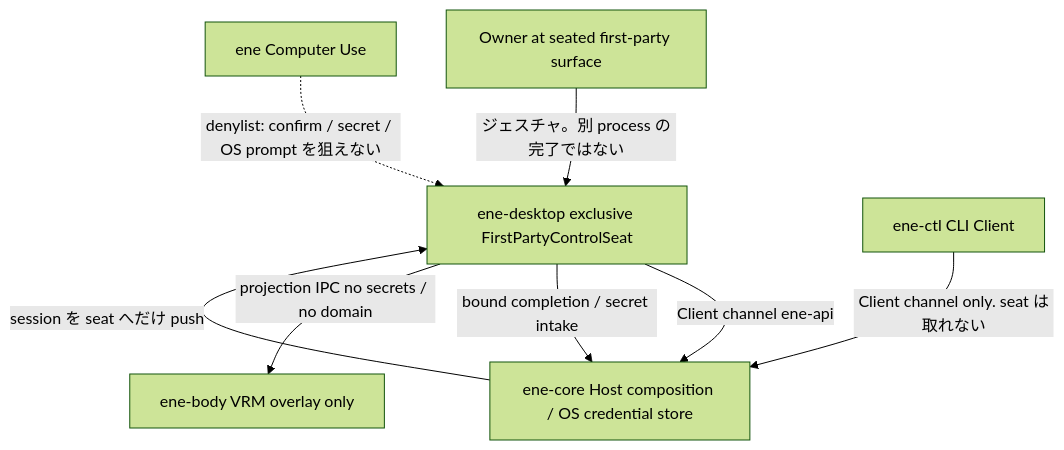
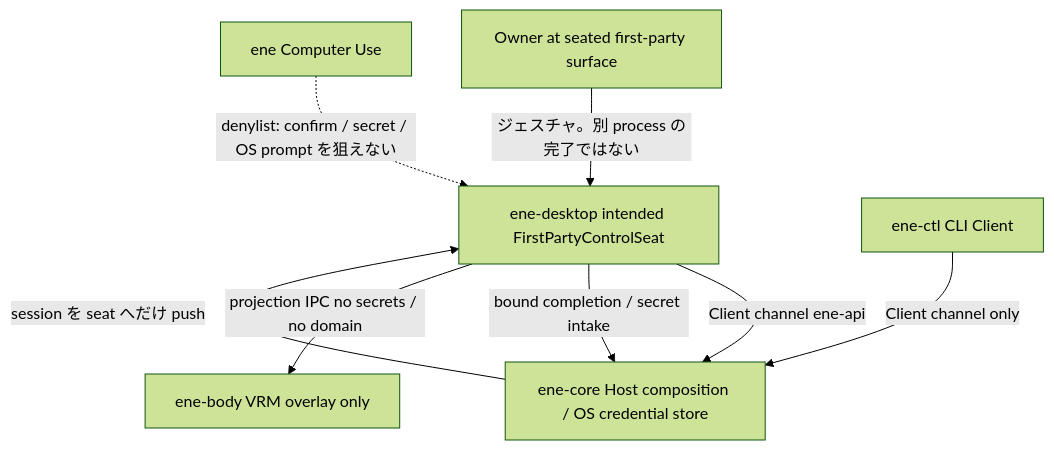
One commit to pexisgle/ene changed the first of 2 diagrams in docs/design/concrete/first-party-desktop.md. Above: the diagram before and after it, drawn with Mermaid (forest theme). The commit also changed other lines of this file and 5 other files, not shown here.

````diff
--- a/docs/design/concrete/first-party-desktop.md
+++ b/docs/design/concrete/first-party-desktop.md
@@ -36,17 +36,17 @@
 ```mermaid
 flowchart TB
   owner[Owner at seated first-party surface]
-  desktop["ene-desktop exclusive FirstPartyControlSeat"]
+  desktop["ene-desktop intended FirstPartyControlSeat"]
   body["ene-body VRM overlay only"]
   host["ene-core Host composition / OS credential store"]
   ctl["ene-ctl CLI Client"]
   cu[ene Computer Use]
 
   owner -->|"ジェスチャ。別 process の完了ではない"| desktop
   desktop -->|"Client channel ene-api"| host
   desktop -->|"bound completion / secret intake"| host
   host -->|"session を seat へだけ push"| desktop
   cu -.->|"denylist: confirm / secret / OS prompt を狙えない"| desktop
   desktop -->|"projection IPC no secrets / no domain"| body
-  ctl -->|"Client channel only. seat は取れない"| host
+  ctl -->|"Client channel only"| host
 ```
````
